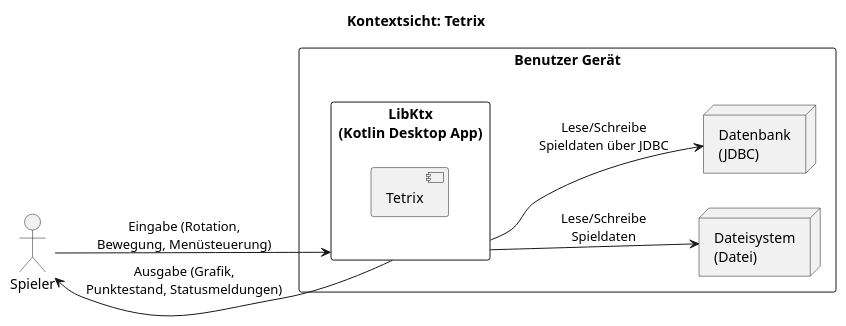
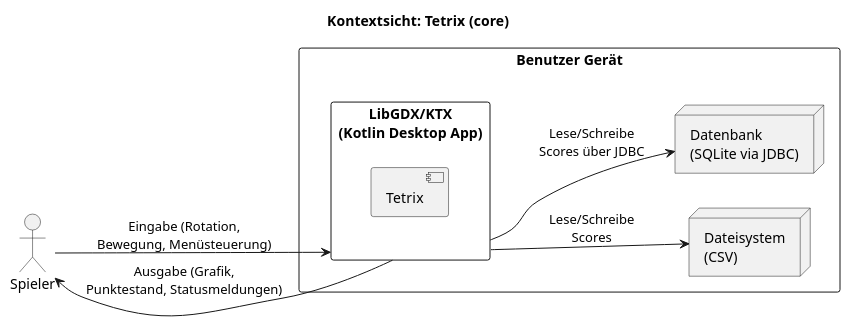
Before and after one commit to Noah-Martinez/Tetrix: the diagram in docs/uml/Kontextsicht.plantuml, drawn with PlantUML. The commit also changed 6 other files, not shown here.

Commit message:
CHORE: update-architecture - Updating architecture documentation

```diff
--- a/docs/uml/Kontextsicht.plantuml
+++ b/docs/uml/Kontextsicht.plantuml
@@ -1,22 +1,22 @@
 @startuml
 left to right direction
 
-title Kontextsicht: Tetrix
+title Kontextsicht: Tetrix (core)
 
 actor Spieler as Player
 
 rectangle "Benutzer Gerät" as Device {
-    rectangle "LibKtx\n(Kotlin Desktop App)" as App {
+    rectangle "LibGDX/KTX\n(Kotlin Desktop App)" as App {
       [Tetrix]
     }
 
-node "Dateisystem\n(Datei)" as FS
-node "Datenbank\n(JDBC)" as DB
+    node "Dateisystem\n(CSV)" as FS
+    node "Datenbank\n(SQLite via JDBC)" as DB
 }
 
 Player --> App : Eingabe (Rotation,\nBewegung, Menüsteuerung)
 App --> Player : Ausgabe (Grafik,\nPunktestand, Statusmeldungen)
 
-App --> FS : Lese/Schreibe\nSpieldaten
-App --> DB : Lese/Schreibe\nSpieldaten über JDBC
+App --> FS : Lese/Schreibe\nScores
+App --> DB : Lese/Schreibe\nScores über JDBC
 @enduml
```
